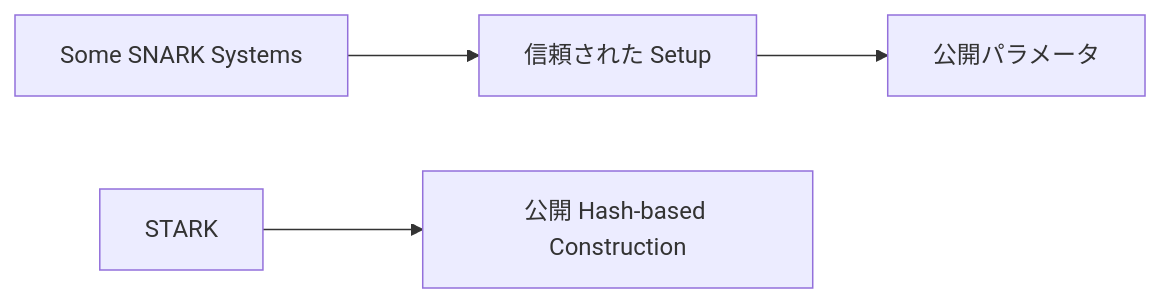
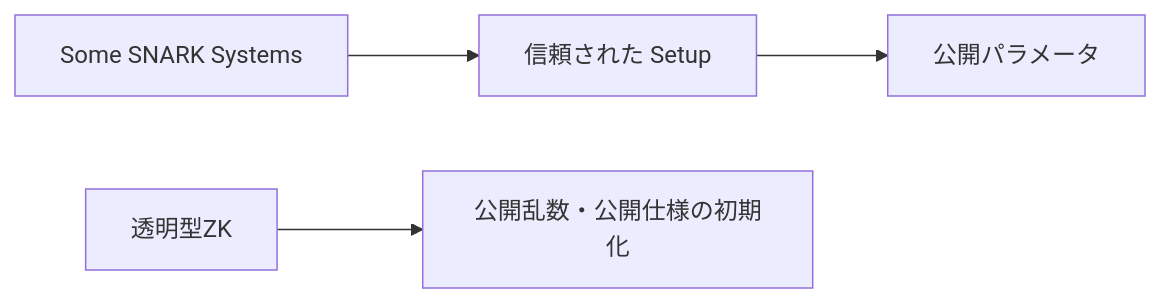
Diagram 17 of 43 in docs/whitepaper/09-technology.md (ShigeichiroYamasaki/creator-first-platform), drawn with Mermaid before and after one commit. The commit also changed other lines of this file and 42 other files, not shown here.

Commit message:
Design production service architecture

````diff
--- a/docs/whitepaper/09-technology.md
+++ b/docs/whitepaper/09-technology.md
@@ -701,13 +693,13 @@
 ```mermaid
 flowchart LR
     SNARK[Some SNARK Systems]
     SETUP[信頼された Setup]
     PARAM[公開パラメータ]
 
     SNARK --> SETUP --> PARAM
 
-    STARK[STARK]
-    HASH[公開 Hash-based Construction]
+    TRANSPARENT[透明型ZK]
+    PUBLIC[公開乱数・公開仕様の初期化]
 
-    STARK --> HASH
+    TRANSPARENT --> PUBLIC
 ```
````
